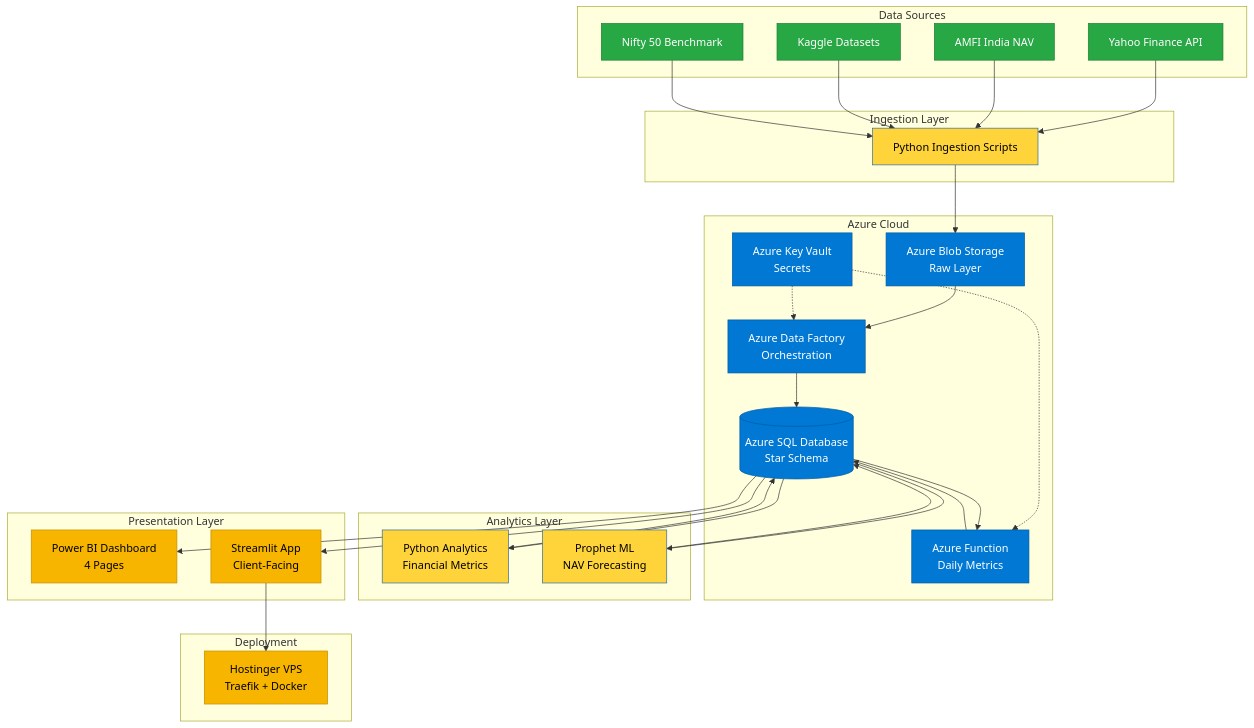
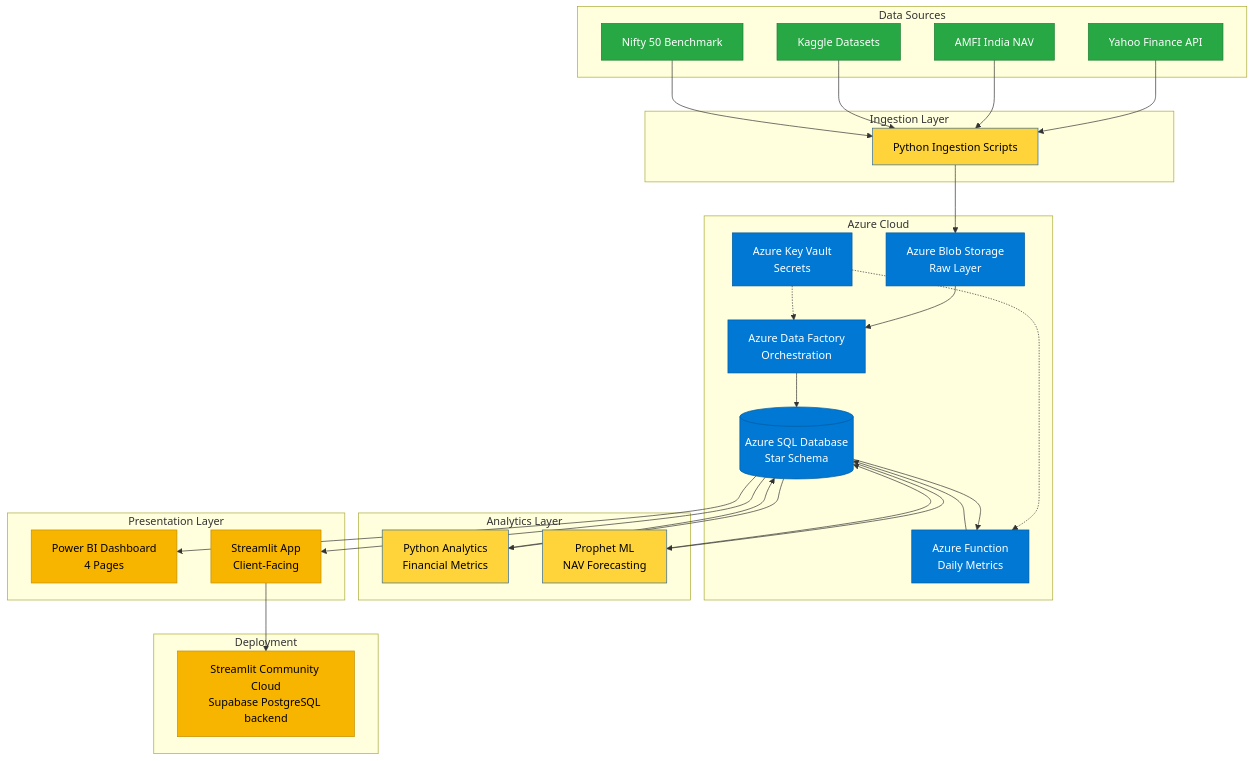
Before and after one commit to Skpkush/mf-analytics-platform: the diagram in docs/architecture/architecture.md, drawn with Mermaid. The commit also changed other lines of this file and 1 other file, not shown here.

Commit message:
docs: switch deploy target to Streamlit Cloud + add live demo URL

````diff
--- a/docs/architecture/architecture.md
+++ b/docs/architecture/architecture.md
@@ -5,64 +5,64 @@
 ```mermaid
 graph TB
     subgraph "Data Sources"
         YF[Yahoo Finance API]
         AMFI[AMFI India NAV]
         KG[Kaggle Datasets]
         NSE[Nifty 50 Benchmark]
     end
 
     subgraph "Ingestion Layer"
         PY1[Python Ingestion Scripts]
     end
 
     subgraph "Azure Cloud"
         BLOB[Azure Blob Storage<br/>Raw Layer]
         ADF[Azure Data Factory<br/>Orchestration]
         SQL[(Azure SQL Database<br/>Star Schema)]
         KV[Azure Key Vault<br/>Secrets]
         FN[Azure Function<br/>Daily Metrics]
     end
 
     subgraph "Analytics Layer"
         PY2[Python Analytics<br/>Financial Metrics]
         ML[Prophet ML<br/>NAV Forecasting]
     end
 
     subgraph "Presentation Layer"
         PBI[Power BI Dashboard<br/>4 Pages]
         ST[Streamlit App<br/>Client-Facing]
     end
 
     subgraph "Deployment"
-        VPS[Hostinger VPS<br/>Traefik + Docker]
+        VPS[Streamlit Community Cloud<br/>Supabase PostgreSQL backend]
     end
 
     YF --> PY1
     AMFI --> PY1
     KG --> PY1
     NSE --> PY1
     PY1 --> BLOB
     BLOB --> ADF
     ADF --> SQL
     KV -.-> ADF
     KV -.-> FN
     SQL --> FN
     FN --> SQL
     SQL --> PY2
     PY2 --> SQL
     SQL --> ML
     ML --> SQL
     SQL --> PBI
     SQL --> ST
     ST --> VPS
 
     classDef azure fill:#0078D4,stroke:#005A9E,color:#fff
     classDef source fill:#28A745,stroke:#1E7E34,color:#fff
     classDef python fill:#FFD43B,stroke:#306998,color:#000
     classDef presentation fill:#F7B500,stroke:#C28C00,color:#000
 
     class BLOB,ADF,SQL,KV,FN azure
     class YF,AMFI,KG,NSE source
     class PY1,PY2,ML python
     class PBI,ST,VPS presentation
 ```
````
